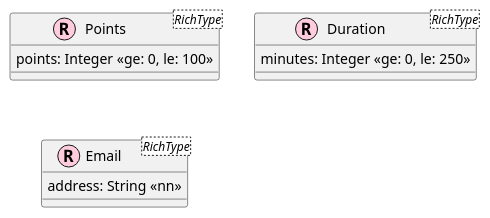
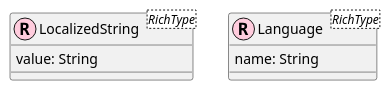
The diagram in src/main/puml/richtypes.puml (mfreimueller/SJ2525_4EHIF_Art_CMS), drawn with PlantUML before and after one commit. The commit also changed 2 other files, not shown here.

Commit message:
reworking entity model to introduce slightly more interesting domain model for managing museum content

```diff
--- a/src/main/puml/richtypes.puml
+++ b/src/main/puml/richtypes.puml
@@ -1,15 +1,11 @@
 @startuml
 
-entity Points <RichType> <<(R, ffccdd)>> {
-    points: Integer <<ge: 0, le: 100>>
+entity LocalizedString <RichType> <<(R, ffccdd)>> {
+    value: String
 }
 
-entity Duration <RichType> <<(R, ffccdd)>> {
-    minutes: Integer <<ge: 0, le: 250>>
-}
-
-entity Email <RichType> <<(R, ffccdd)>> {
-    address: String <<nn>>
+entity Language <RichType> <<(R, ffccdd)>> {
+    name: String
 }
 
 @enduml
```
